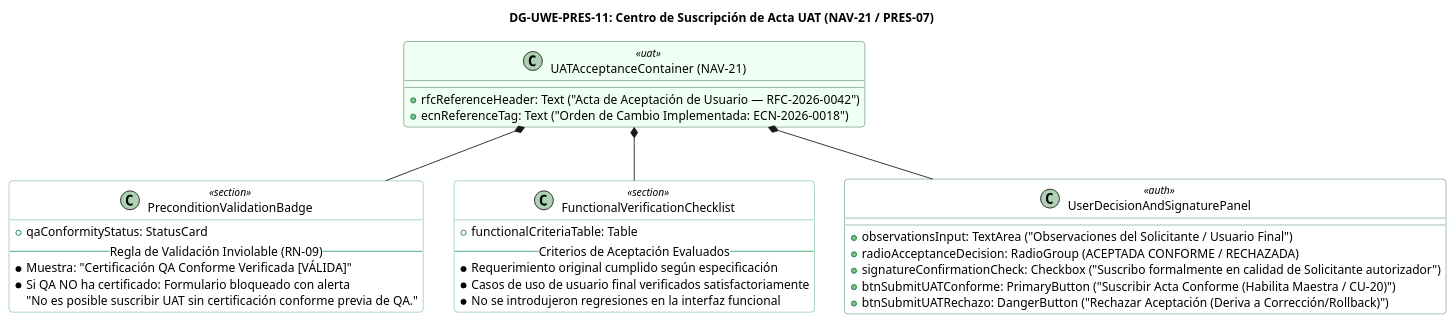
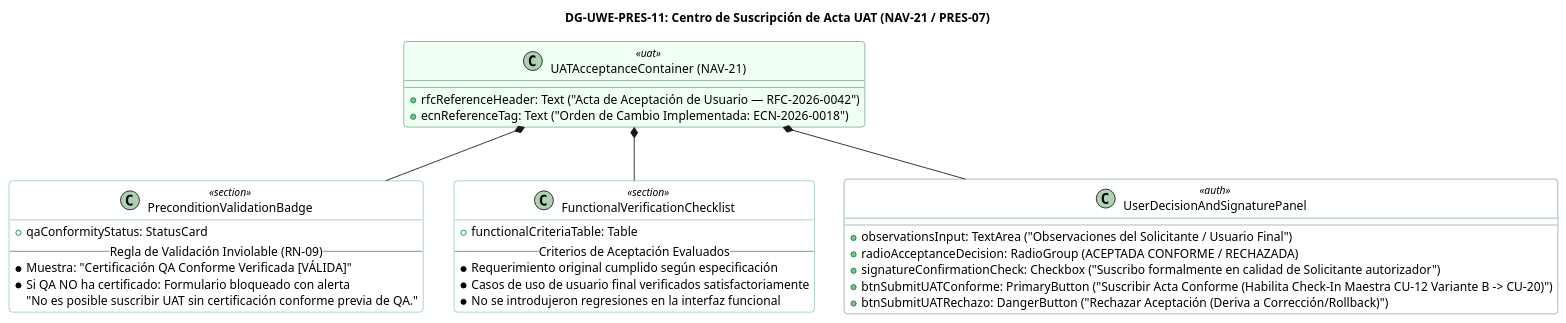
Before and after one commit to JMedina255/TraceFlow: diagram 34 of 41 in FD05-EPIS-Informe_SAD_Diseno.md, drawn with PlantUML. The commit also changed other lines of this file and 1 other file, not shown here.

````diff
--- a/FD05-EPIS-Informe_SAD_Diseno.md
+++ b/FD05-EPIS-Informe_SAD_Diseno.md
@@ -3614,53 +3622,53 @@
 ```plantuml
 @startuml
 skinparam shadowing false
 skinparam roundcorner 8
 skinparam defaultFontName Arial
 skinparam packageStyle rectangle
 
 title <b>DG-UWE-PRES-11: Centro de Suscripción de Acta UAT (NAV-21 / PRES-07)</b>
 
 skinparam class {
     BackgroundColor<<uat>> #F0FFF4
     BorderColor<<uat>> #22543D
     BackgroundColor<<section>> #FFFFFF
     BorderColor<<section>> #38A169
     BackgroundColor<<auth>> #FFFFFF
     BorderColor<<auth>> #276749
 }
 
 class "UATAcceptanceContainer (NAV-21)" as UAT <<uat>> {
     +rfcReferenceHeader: Text ("Acta de Aceptación de Usuario — RFC-2026-0042")
     +ecnReferenceTag: Text ("Orden de Cambio Implementada: ECN-2026-0018")
 }
 
 class "PreconditionValidationBadge" as Precond <<section>> {
     +qaConformityStatus: StatusCard
     -- Regla de Validación Inviolable (RN-09) --
     * Muestra: "Certificación QA Conforme Verificada [VÁLIDA]"
     * Si QA NO ha certificado: Formulario bloqueado con alerta
       "No es posible suscribir UAT sin certificación conforme previa de QA."
 }
 
 class "FunctionalVerificationChecklist" as Checklist <<section>> {
     +functionalCriteriaTable: Table
     -- Criterios de Aceptación Evaluados --
     * Requerimiento original cumplido según especificación
     * Casos de uso de usuario final verificados satisfactoriamente
     * No se introdujeron regresiones en la interfaz funcional
 }
 
 class "UserDecisionAndSignaturePanel" as Signature <<auth>> {
     +observationsInput: TextArea ("Observaciones del Solicitante / Usuario Final")
     +radioAcceptanceDecision: RadioGroup (ACEPTADA CONFORME / RECHAZADA)
     +signatureConfirmationCheck: Checkbox ("Suscribo formalmente en calidad de Solicitante autorizador")
-    +btnSubmitUATConforme: PrimaryButton ("Suscribir Acta Conforme (Habilita Maestra / CU-20)")
+    +btnSubmitUATConforme: PrimaryButton ("Suscribir Acta Conforme (Habilita Check-In Maestra CU-12 Variante B -> CU-20)")
     +btnSubmitUATRechazo: DangerButton ("Rechazar Aceptación (Deriva a Corrección/Rollback)")
 }
 
 UAT *-- Precond
 UAT *-- Checklist
 UAT *-- Signature
 
 @enduml
 ```
````
